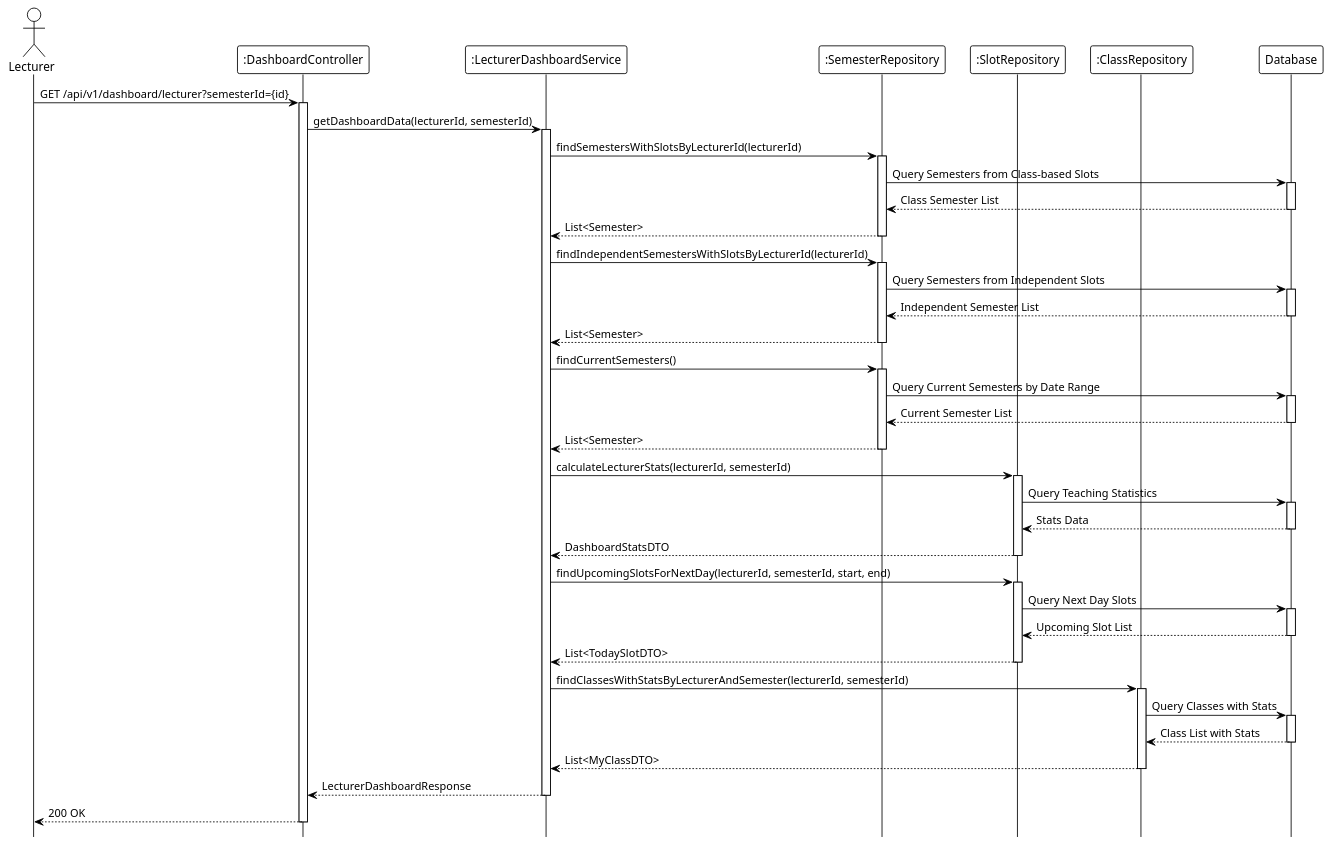
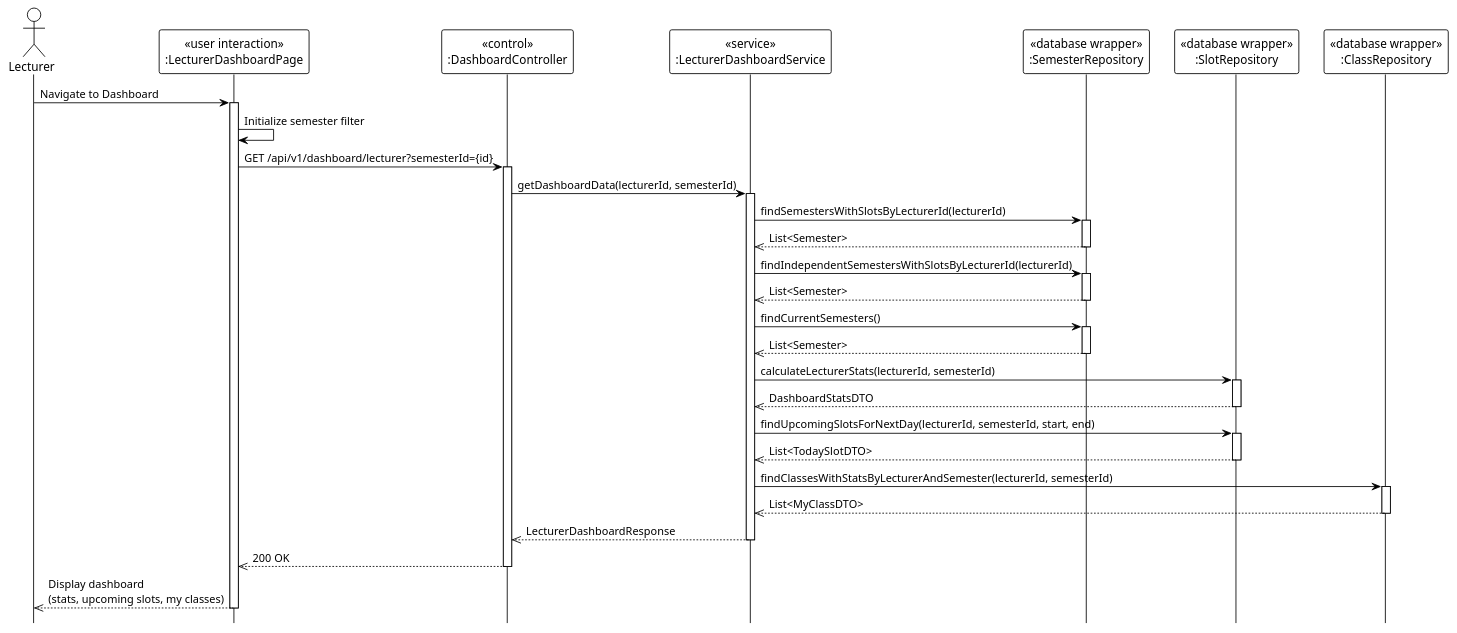
Before and after one commit to Ndh474/context: the diagram in system_detailed_design/69_view_teaching_schedule_lecturer/sequence_diagram_view_teaching_schedule_lecturer.puml, drawn with PlantUML. The commit also changed 2 other files, not shown here.

Commit message:
docs(system_detailed_design): add UML stereotypes to slot and attendance sequence diagrams

```diff
--- a/system_detailed_design/69_view_teaching_schedule_lecturer/sequence_diagram_view_teaching_schedule_lecturer.puml
+++ b/system_detailed_design/69_view_teaching_schedule_lecturer/sequence_diagram_view_teaching_schedule_lecturer.puml
@@ -1,100 +1,70 @@
 @startuml view_teaching_schedule_lecturer
 !theme plain
 hide footbox
 
-actor Lecturer
-participant ":DashboardController" as Controller
-participant ":LecturerDashboardService" as Service
-participant ":SemesterRepository" as SemesterRepo
-participant ":SlotRepository" as SlotRepo
-participant ":ClassRepository" as ClassRepo
-participant "Database" as DB
+actor "Lecturer" as Lecturer
 
-' --- MAIN FLOW ---
-Lecturer -> Controller: GET /api/v1/dashboard/lecturer?semesterId={id}
+participant "«user interaction»\n:LecturerDashboardPage" as UI
+participant "«control»\n:DashboardController" as Controller
+participant "«service»\n:LecturerDashboardService" as Service
+participant "«database wrapper»\n:SemesterRepository" as SemesterRepo
+participant "«database wrapper»\n:SlotRepository" as SlotRepo
+participant "«database wrapper»\n:ClassRepository" as ClassRepo
+
+' === MAIN FLOW ===
+Lecturer -> UI: Navigate to Dashboard
+activate UI
+
+UI -> UI: Initialize semester filter
+
+UI -> Controller: GET /api/v1/dashboard/lecturer?semesterId={id}
 activate Controller
 
 Controller -> Service: getDashboardData(lecturerId, semesterId)
 activate Service
 
-' --- GET SEMESTERS WITH TEACHING DATA ---
+' === GET SEMESTERS WITH TEACHING DATA ===
 Service -> SemesterRepo: findSemestersWithSlotsByLecturerId(lecturerId)
 activate SemesterRepo
-
-SemesterRepo -> DB: Query Semesters from Class-based Slots
-activate DB
-DB --> SemesterRepo: Class Semester List
-deactivate DB
-
-SemesterRepo --> Service: List<Semester>
+SemesterRepo -->> Service: List<Semester>
 deactivate SemesterRepo
 
 Service -> SemesterRepo: findIndependentSemestersWithSlotsByLecturerId(lecturerId)
 activate SemesterRepo
-
-SemesterRepo -> DB: Query Semesters from Independent Slots
-activate DB
-DB --> SemesterRepo: Independent Semester List
-deactivate DB
-
-SemesterRepo --> Service: List<Semester>
+SemesterRepo -->> Service: List<Semester>
 deactivate SemesterRepo
 
-' --- GET CURRENT SEMESTER ---
+' === GET CURRENT SEMESTER ===
 Service -> SemesterRepo: findCurrentSemesters()
 activate SemesterRepo
-
-SemesterRepo -> DB: Query Current Semesters by Date Range
-activate DB
-DB --> SemesterRepo: Current Semester List
-deactivate DB
-
-SemesterRepo --> Service: List<Semester>
+SemesterRepo -->> Service: List<Semester>
 deactivate SemesterRepo
 
-' Calculate lecturer statistics (internal: all semesters or specific semester)
-
+' === CALCULATE STATISTICS ===
 Service -> SlotRepo: calculateLecturerStats(lecturerId, semesterId)
 activate SlotRepo
-
-SlotRepo -> DB: Query Teaching Statistics
-activate DB
-DB --> SlotRepo: Stats Data
-deactivate DB
-
-SlotRepo --> Service: DashboardStatsDTO
+SlotRepo -->> Service: DashboardStatsDTO
 deactivate SlotRepo
 
-' Get next day slots with attendance stats (internal: loop for each slot)
-
+' === GET UPCOMING SLOTS ===
 Service -> SlotRepo: findUpcomingSlotsForNextDay(lecturerId, semesterId, start, end)
 activate SlotRepo
-
-SlotRepo -> DB: Query Next Day Slots
-activate DB
-DB --> SlotRepo: Upcoming Slot List
-deactivate DB
-
-SlotRepo --> Service: List<TodaySlotDTO>
+SlotRepo -->> Service: List<TodaySlotDTO>
 deactivate SlotRepo
 
-' Get classes with stats and upcoming slots (internal: loop for each class)
-
+' === GET CLASSES WITH STATS ===
 Service -> ClassRepo: findClassesWithStatsByLecturerAndSemester(lecturerId, semesterId)
 activate ClassRepo
-
-ClassRepo -> DB: Query Classes with Stats
-activate DB
-DB --> ClassRepo: Class List with Stats
-deactivate DB
-
-ClassRepo --> Service: List<MyClassDTO>
+ClassRepo -->> Service: List<MyClassDTO>
 deactivate ClassRepo
 
-Service --> Controller: LecturerDashboardResponse
+Service -->> Controller: LecturerDashboardResponse
 deactivate Service
 
-Controller --> Lecturer: 200 OK
+Controller -->> UI: 200 OK
 deactivate Controller
 
+UI -->> Lecturer: Display dashboard\n(stats, upcoming slots, my classes)
+deactivate UI
+
 @enduml
```
